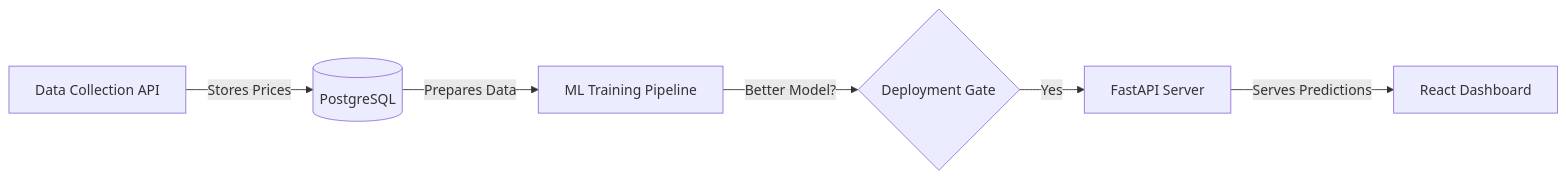
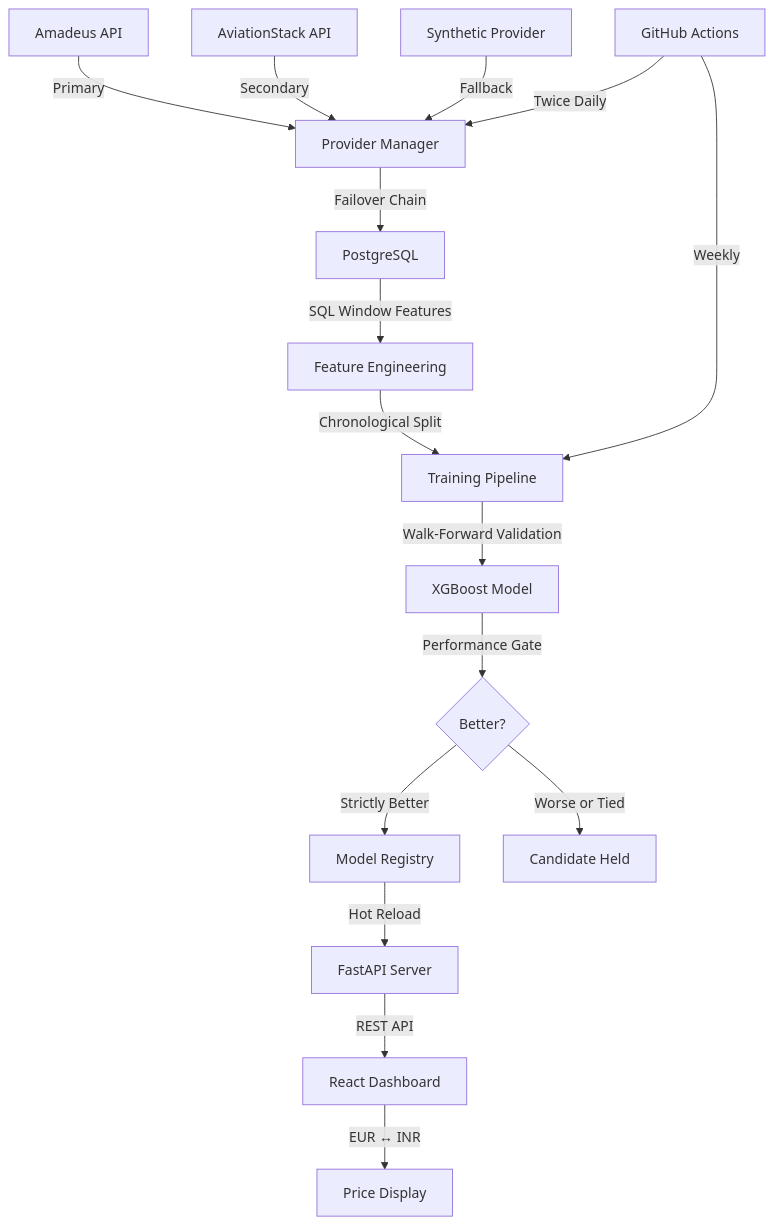
Before and after one commit to Dheeraj-reddy-palle/iFly: the diagram in README.md, drawn with Mermaid. The commit also changed other lines of this file, not shown here.

````diff
--- a/README.md
+++ b/README.md
@@ -28,8 +52,19 @@
 ```mermaid
-graph LR
-    Data[Data Collection API] --> |Stores Prices| DB[(PostgreSQL)]
-    DB --> |Prepares Data| ML[ML Training Pipeline]
-    ML --> |Better Model?| Gate{Deployment Gate}
-    Gate --> |Yes| API[FastAPI Server]
-    API --> |Serves Predictions| UI[React Dashboard]
+graph TD
+    A1[Amadeus API] -->|Primary| PM[Provider Manager]
+    A2[AviationStack API] -->|Secondary| PM
+    A3[Synthetic Provider] -->|Fallback| PM
+    PM -->|Failover Chain| B[PostgreSQL]
+    B -->|SQL Window Features| C[Feature Engineering]
+    C -->|Chronological Split| D[Training Pipeline]
+    D -->|Walk-Forward Validation| E[XGBoost Model]
+    E -->|Performance Gate| F{Better?}
+    F -->|Strictly Better| G[Model Registry]
+    F -->|Worse or Tied| H[Candidate Held]
+    G -->|Hot Reload| I[FastAPI Server]
+    I -->|REST API| J[React Dashboard]
+    J -->|EUR ↔ INR| K[Price Display]
+    
+    L[GitHub Actions] -->|Weekly| D
+    L -->|Twice Daily| PM
 ```
````
